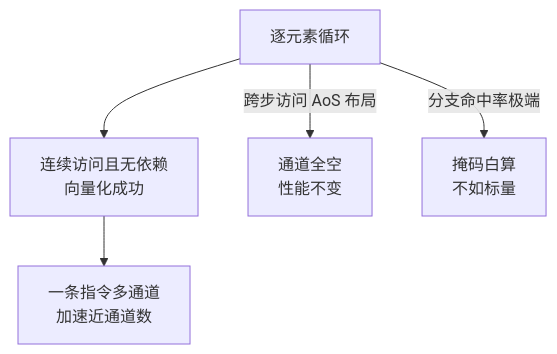
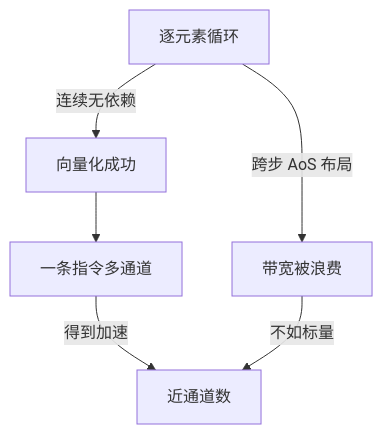
Before and after one commit to hub138/technical-knowledge: the second of 2 diagrams in vault/工程知识/性能工程：从用户等待到资源瓶颈/处理器与内存/SIMD与数据并行：一行代码的多个通道.md, drawn with Mermaid. The commit also changed other lines of this file and 622 other files, not shown here.

````diff
--- a/vault/工程知识/性能工程：从用户等待到资源瓶颈/处理器与内存/SIMD与数据并行：一行代码的多个通道.md
+++ b/vault/工程知识/性能工程：从用户等待到资源瓶颈/处理器与内存/SIMD与数据并行：一行代码的多个通道.md
@@ -47,7 +50,8 @@
 ```mermaid
-graph TD
-    A["逐元素循环"] --> B["连续访问且无依赖<br/>向量化成功"]
-    B --> C["一条指令多通道<br/>加速近通道数"]
-    A -->|跨步访问 AoS 布局| D["通道全空<br/>性能不变"]
-    A -->|分支命中率极端| E["掩码白算<br/>不如标量"]
+flowchart TD
+    A["逐元素循环"] -->|"连续无依赖"| B["向量化成功"]
+    B --> C["一条指令多通道"]
+    A -->|"跨步 AoS 布局"| D["带宽被浪费"]
+    C -->|"得到加速"| E["近通道数"]
+    D -->|"不如标量"| E
 ```
````
